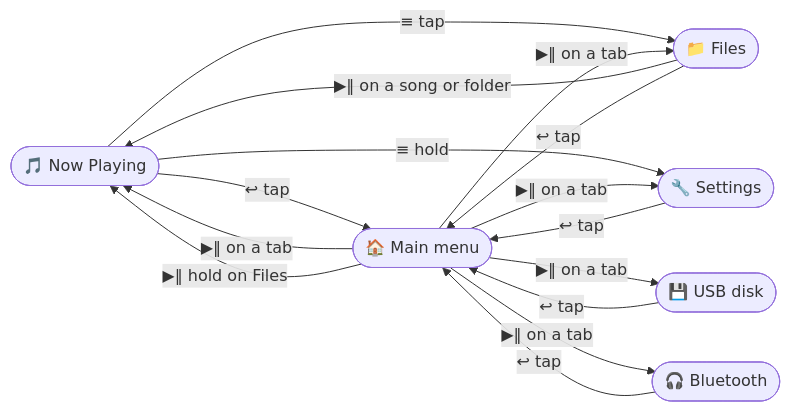
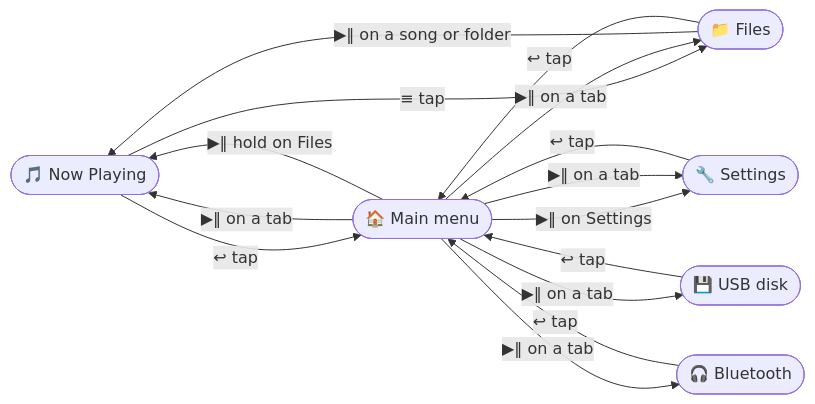
One commit to chocolate-b4r/recho-echo-mod changed the diagram in docs/controls.md. Above: the diagram before and after it, drawn with Mermaid. The commit also changed other lines of this file and 14 other files, not shown here.

````diff
--- a/docs/controls.md
+++ b/docs/controls.md
@@ -16,18 +16,18 @@
 ```mermaid
 flowchart LR
     NP(["🎵 Now Playing"])
     MENU(["🏠 Main menu"])
     FILES(["📁 Files"])
     SET(["🔧 Settings"])
     USB(["💾 USB disk"])
     BT(["🎧 Bluetooth"])
 
     NP -- "↩ tap" --> MENU
     NP -- "≡ tap" --> FILES
-    NP -- "≡ hold" --> SET
+    MENU -- "▶‖ on Settings" --> SET
     MENU -- "▶‖ on a tab" --> FILES & SET & USB & BT & NP
     MENU -- "▶‖ hold on Files" --> NP
     FILES -- "▶‖ on a song or folder" --> NP
     FILES & SET & BT -- "↩ tap" --> MENU
     USB -- "↩ tap" --> MENU
 ```
````
